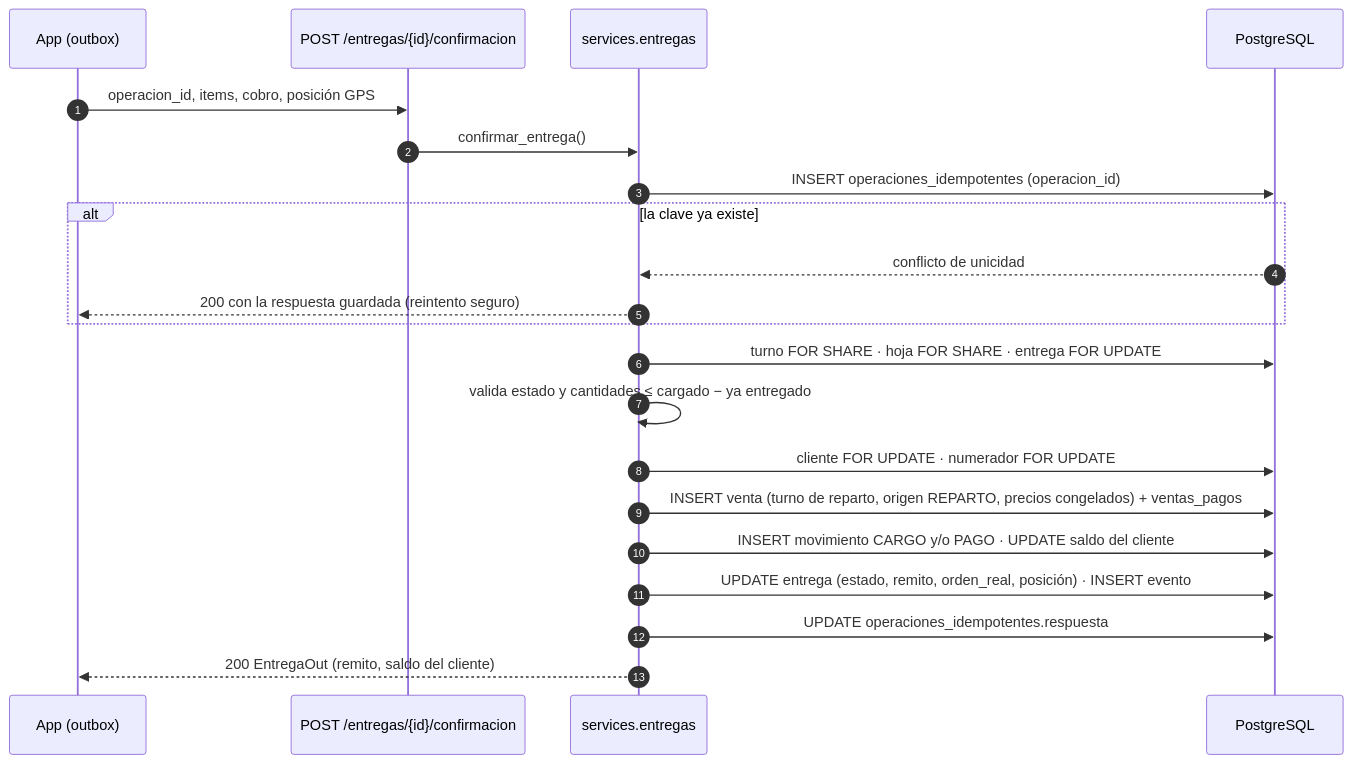
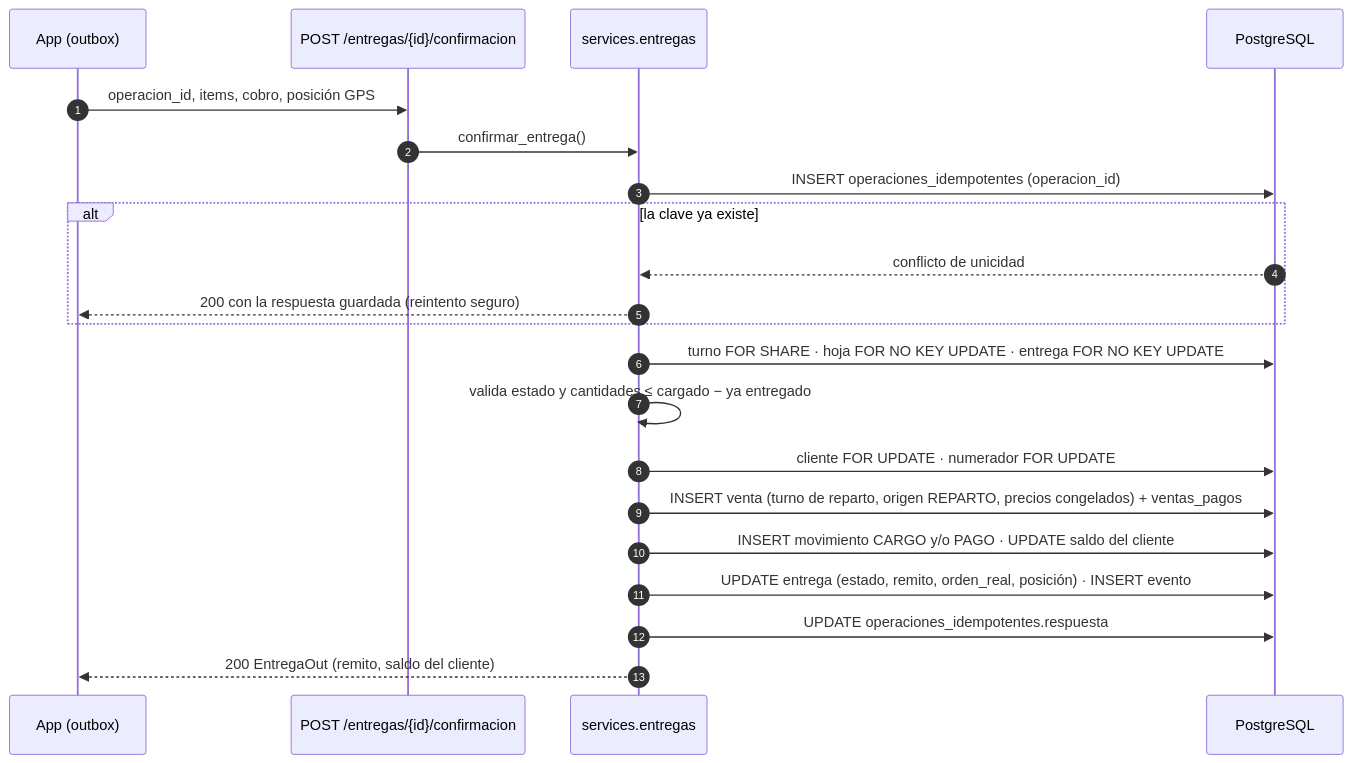
Before and after one commit to Vancelent/Panaderia: the fifth of 10 diagrams in docs/rfc-001-reparto-produccion-movil.md, drawn with Mermaid. The commit also changed other lines of this file and 57 other files, not shown here.

````diff
--- a/docs/rfc-001-reparto-produccion-movil.md
+++ b/docs/rfc-001-reparto-produccion-movil.md
@@ -454,24 +455,24 @@
 ```mermaid
 sequenceDiagram
     autonumber
     participant APP as App (outbox)
     participant API as POST /entregas/{id}/confirmacion
     participant SVC as services.entregas
     participant DB as PostgreSQL
 
     APP->>API: operacion_id, items, cobro, posición GPS
     API->>SVC: confirmar_entrega()
     SVC->>DB: INSERT operaciones_idempotentes (operacion_id)
     alt la clave ya existe
         DB-->>SVC: conflicto de unicidad
         SVC-->>APP: 200 con la respuesta guardada (reintento seguro)
     end
-    SVC->>DB: turno FOR SHARE · hoja FOR SHARE · entrega FOR UPDATE
+    SVC->>DB: turno FOR SHARE · hoja FOR NO KEY UPDATE · entrega FOR NO KEY UPDATE
     SVC->>SVC: valida estado y cantidades ≤ cargado − ya entregado
     SVC->>DB: cliente FOR UPDATE · numerador FOR UPDATE
     SVC->>DB: INSERT venta (turno de reparto, origen REPARTO, precios congelados) + ventas_pagos
     SVC->>DB: INSERT movimiento CARGO y/o PAGO · UPDATE saldo del cliente
     SVC->>DB: UPDATE entrega (estado, remito, orden_real, posición) · INSERT evento
     SVC->>DB: UPDATE operaciones_idempotentes.respuesta
     SVC-->>APP: 200 EntregaOut (remito, saldo del cliente)
 ```
````
